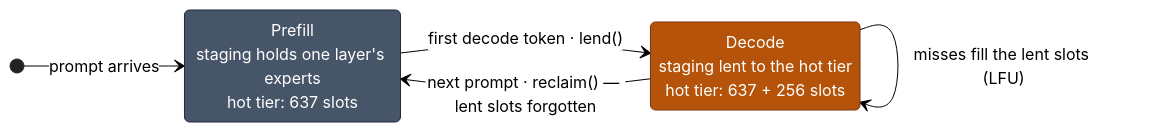
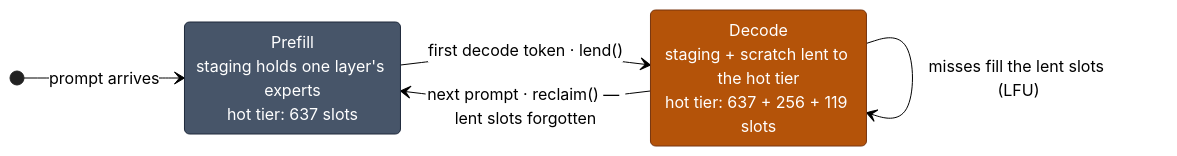
One commit to transybao1393/streamoe changed the second of 7 diagrams in README.md. Above: the diagram before and after it, drawn with Mermaid (neutral theme). The commit also changed other lines of this file and 1 other file, not shown here.

````diff
--- a/README.md
+++ b/README.md
@@ -166,16 +168,16 @@
 ```mermaid
 stateDiagram-v2
     direction LR
     classDef prefill fill:#475569,stroke:#1e293b,color:#ffffff
     classDef decode fill:#b45309,stroke:#78350f,color:#ffffff
 
     state "Prefill<br/>staging holds one layer's experts<br/>hot tier: 637 slots" as P
-    state "Decode<br/>staging lent to the hot tier<br/>hot tier: 637 + 256 slots" as D
+    state "Decode<br/>staging + scratch lent to the hot tier<br/>hot tier: 637 + 256 + 119 slots" as D
 
     [*] --> P: prompt arrives
     P --> D: first decode token · lend()
     D --> D: misses fill the lent slots (LFU)
     D --> P: next prompt · reclaim() — lent slots forgotten
     class P prefill
     class D decode
 ```
````
